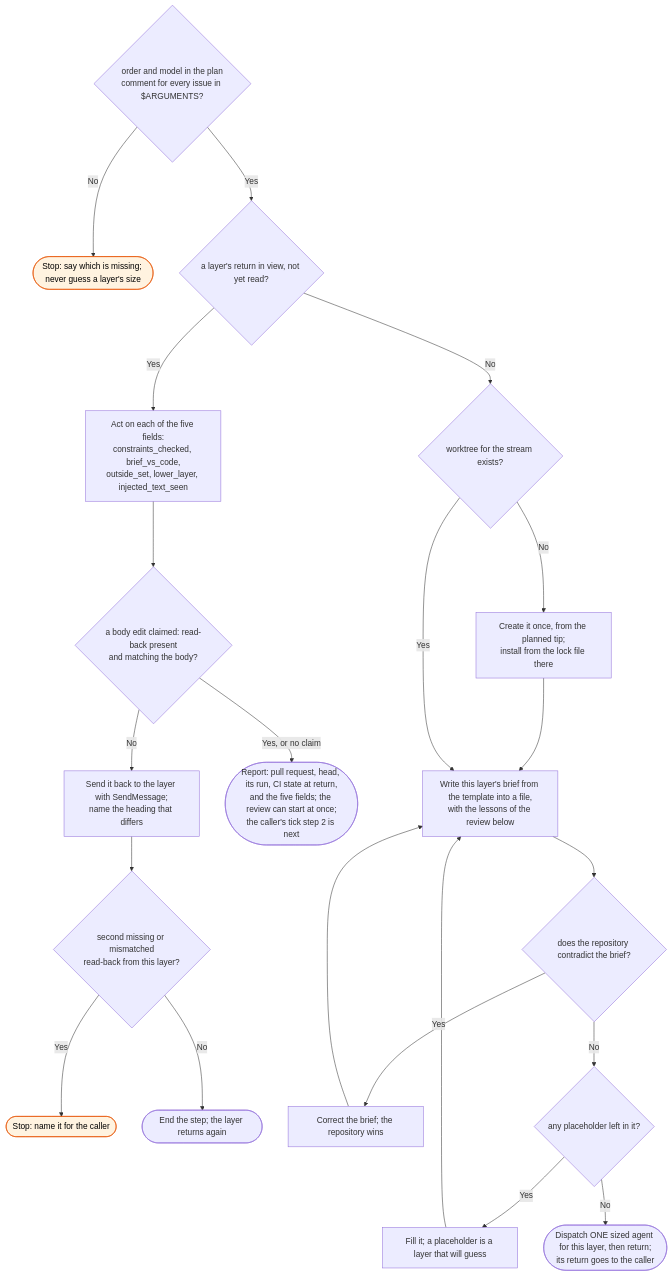
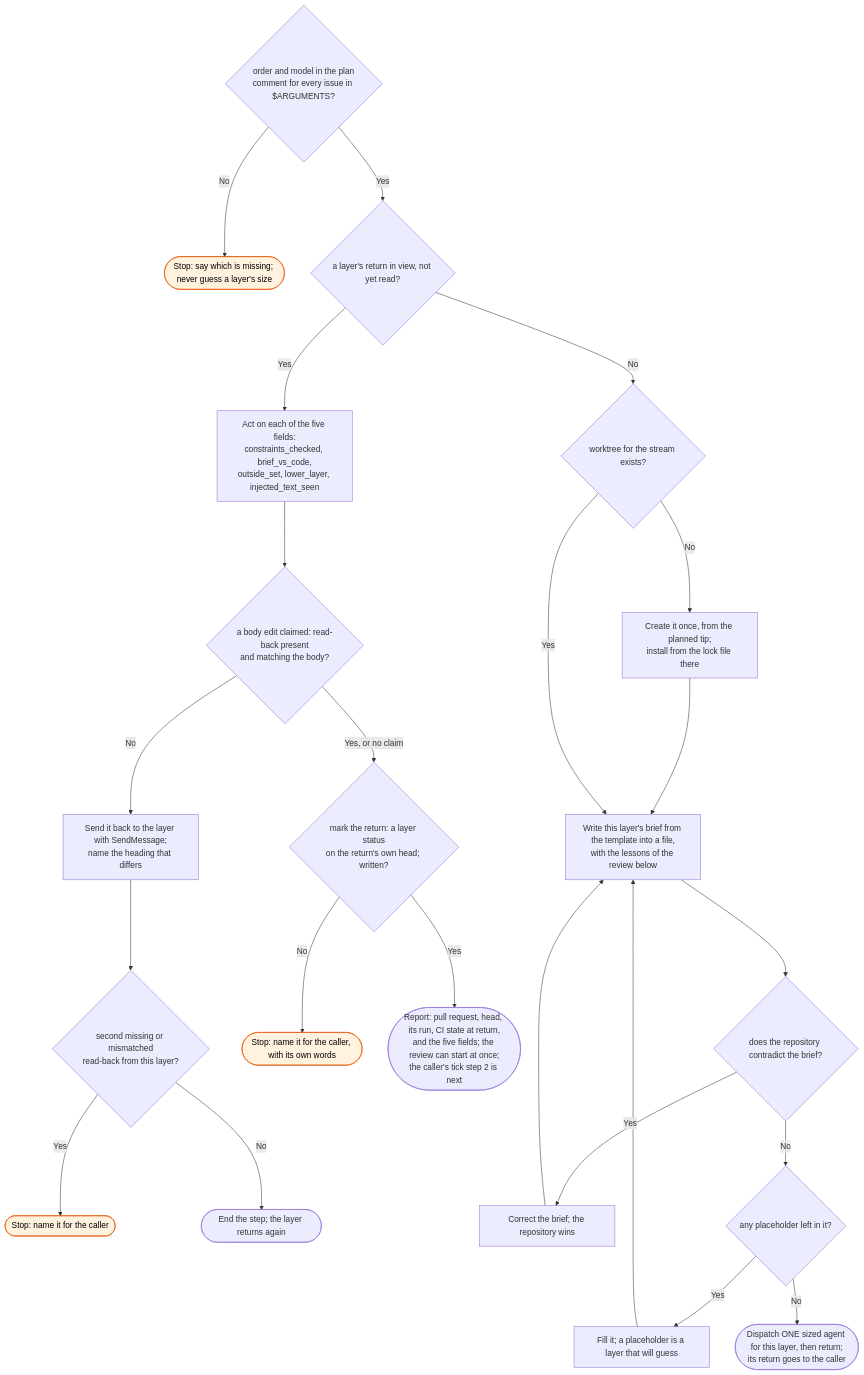
One commit to bje-settings/claude changed the diagram in docs/flows/workstreams/stream/_skill-flow.md. Above: the diagram before and after it, drawn with Mermaid. The commit also changed other lines of this file and 18 other files, not shown here.

First line of the commit message:
fix(workstreams): record a layer's return as a status before review round 1 (#437)

````diff
--- a/docs/flows/workstreams/stream/_skill-flow.md
+++ b/docs/flows/workstreams/stream/_skill-flow.md
@@ -15,24 +15,26 @@
 ```mermaid
 flowchart TD
     C{order and model in the plan<br/>comment for every issue in $ARGUMENTS?}
     C -->|No| C1([Stop: say which is missing; never guess a layer's size]):::stop
     C -->|Yes| R{a layer's return in view, not yet read?}
 
     R -->|Yes| S[Act on each of the five fields:<br/>constraints_checked, brief_vs_code,<br/>outside_set, lower_layer, injected_text_seen]
     S --> S0{a body edit claimed: read-back present<br/>and matching the body?}
     S0 -->|No| S2[Send it back to the layer with SendMessage;<br/>name the heading that differs] --> S3{second missing or mismatched<br/>read-back from this layer?}
     S3 -->|Yes| S4([Stop: name it for the caller]):::stop
     S3 -->|No| X1([End the step; the layer returns again])
-    S0 -->|Yes, or no claim| S1([Report: pull request, head, its run, CI state at return,<br/>and the five fields; the review can start at once;<br/>the caller's tick step 2 is next])
+    S0 -->|Yes, or no claim| SM{mark the return: a layer status<br/>on the return's own head; written?}
+    SM -->|No| SM1([Stop: name it for the caller, with its own words]):::stop
+    SM -->|Yes| S1([Report: pull request, head, its run, CI state at return,<br/>and the five fields; the review can start at once;<br/>the caller's tick step 2 is next])
 
     R -->|No| D{worktree for the stream exists?}
     D -->|No| D1[Create it once, from the planned tip;<br/>install from the lock file there] --> E
     D -->|Yes| E[Write this layer's brief from the template into a file,<br/>with the lessons of the review below]
     E --> F{does the repository contradict the brief?}
     F -->|Yes| F1[Correct the brief; the repository wins] --> E
     F -->|No| G{any placeholder left in it?}
     G -->|Yes| G1[Fill it; a placeholder is a layer that will guess] --> E
     G -->|No| H([Dispatch ONE sized agent for this layer, then return;<br/>its return goes to the caller])
 
     classDef stop fill:#fff3e0,stroke:#e65100,color:#000
 ```
````
